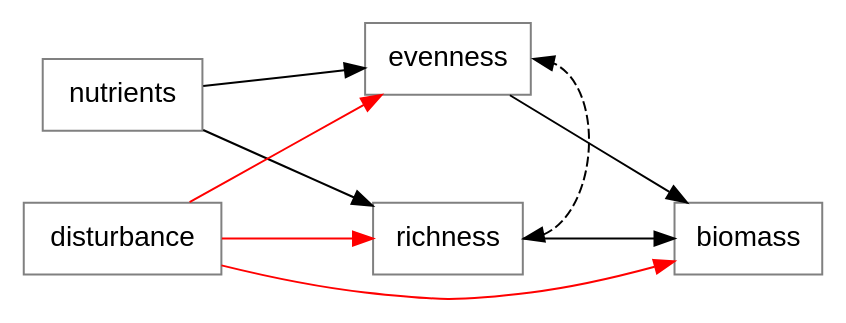
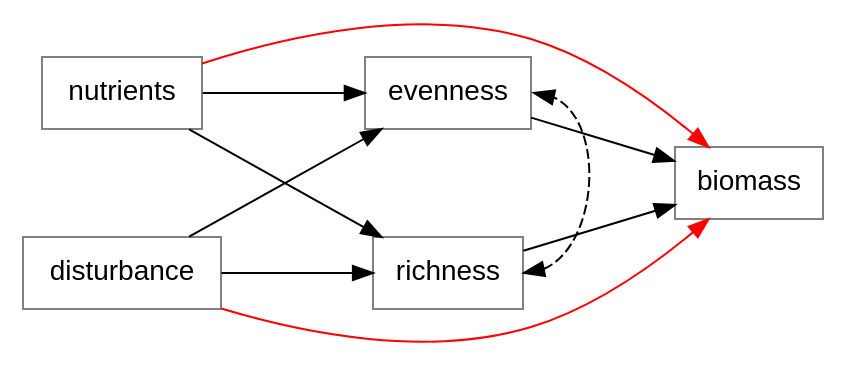
One commit to pennekampster/Swiss_SEM changed diagram 28 of 28 in 5_Slides/Intro_to_SEM_part1.qmd. Above: the diagram before and after it, drawn with Graphviz. The commit also changed other lines of this file and 5 other files, not shown here.

````diff
--- a/5_Slides/Intro_to_SEM_part1.qmd
+++ b/5_Slides/Intro_to_SEM_part1.qmd
@@ -1706,32 +1748,33 @@
 ```{dot}
 //| fig-width: 10
 //| fig-height: 4
 
 digraph  {
 
    # a 'graph' statement
   graph [overlap = false, fontsize = 10, rankdir = LR, ranksep=1]
 
   # several 'node' statements
   node [shape = box,
         fontname = Helvetica, color="gray"]
   
         evenness, richness;
         nutrients;
         disturbance;
 
-    disturbance->richness [color="red"];
-    disturbance->evenness [color="red"];
+    disturbance->richness;
+    disturbance->evenness;
     nutrients->richness;
     nutrients->evenness;
     disturbance -> biomass [color="red"];
+    nutrients -> biomass [color="red"];
 
     evenness:e-> richness:e [dir=both; minlen=3; style="dashed"];
 
     evenness->biomass ;
     richness->biomass ;
   
  { rank="same"; nutrients; disturbance}
  { rank="same"; evenness; richness}
 }
 ```
````
